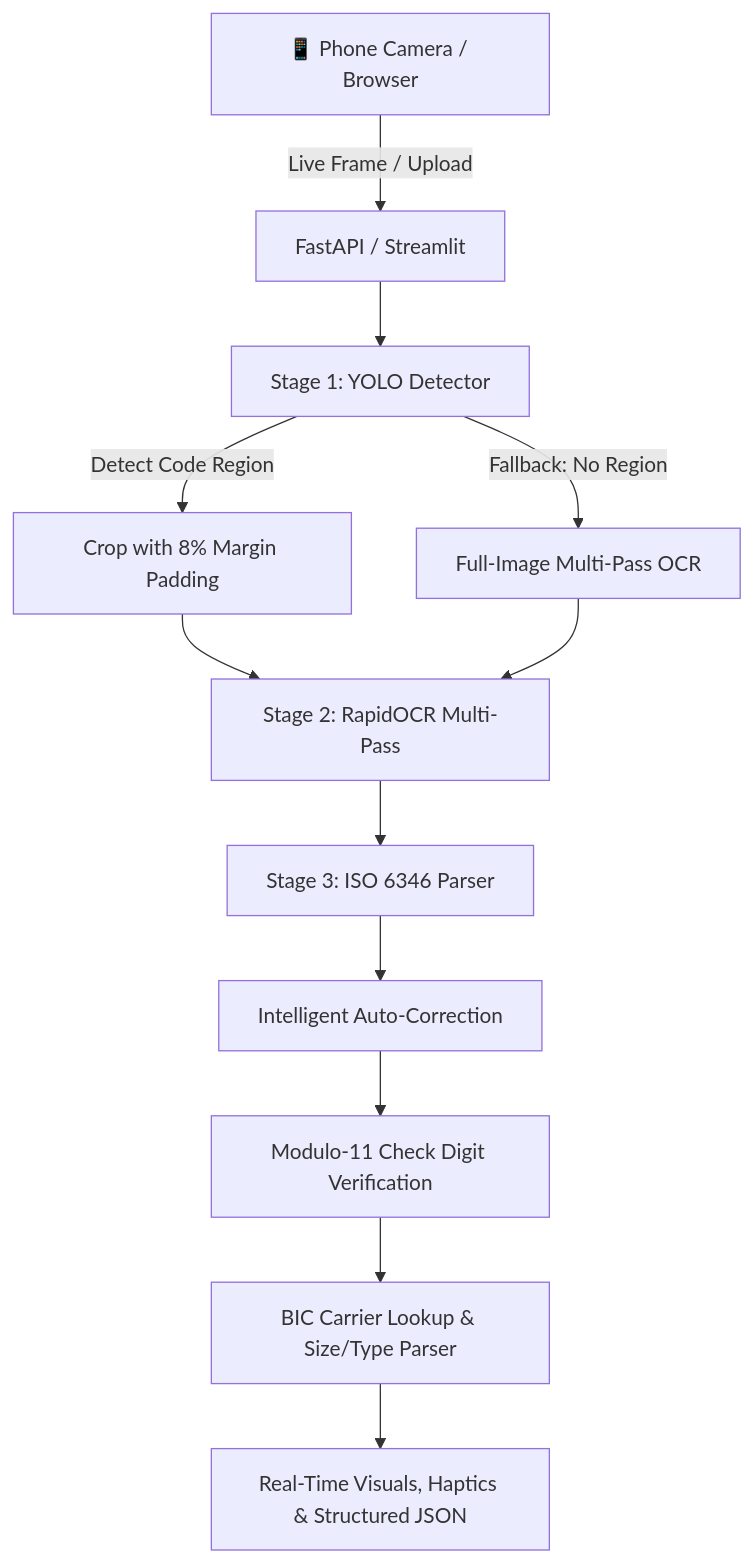
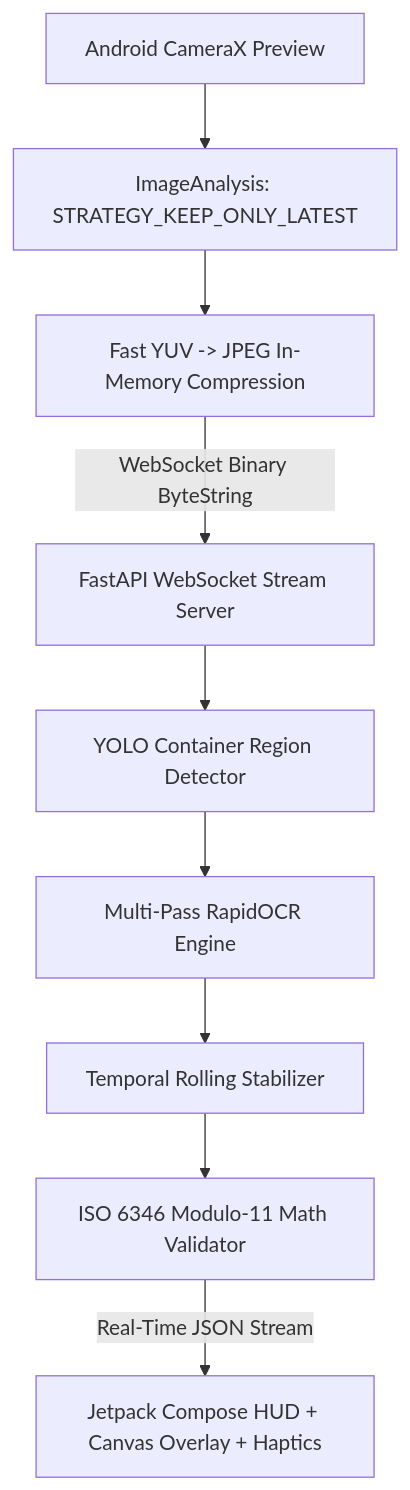
The diagram in README.md (duchoa56819/ContainerNumberRecognize), drawn with Mermaid before and after one commit. The commit also changed other lines of this file and 40 other files, not shown here.

Commit message:
feat: Add native Android app optimized for CameraX streaming input via WebSockets

````diff
--- a/README.md
+++ b/README.md
@@ -71,14 +70,11 @@
 ```mermaid
 flowchart TD
-    Phone[📱 Phone Camera / Browser] -->|Live Frame / Upload| API[FastAPI / Streamlit]
-    API --> Stage1[Stage 1: YOLO Detector]
-    Stage1 -->|Detect Code Region| Crop[Crop with 8% Margin Padding]
-    Stage1 -->|Fallback: No Region| FullScan[Full-Image Multi-Pass OCR]
-    Crop --> Stage2[Stage 2: RapidOCR Multi-Pass]
-    FullScan --> Stage2
-    Stage2 --> Stage3[Stage 3: ISO 6346 Parser]
-    Stage3 --> AutoCorrect[Intelligent Auto-Correction]
-    AutoCorrect --> Modulo11[Modulo-11 Check Digit Verification]
-    Modulo11 --> BIC[BIC Carrier Lookup & Size/Type Parser]
-    BIC --> Output[Real-Time Visuals, Haptics & Structured JSON]
+    Camera[Android CameraX Preview] --> Analyzer[ImageAnalysis: STRATEGY_KEEP_ONLY_LATEST]
+    Analyzer --> FrameBuffer[Fast YUV -> JPEG In-Memory Compression]
+    FrameBuffer -->|WebSocket Binary ByteString| WSServer[FastAPI WebSocket Stream Server]
+    WSServer --> YOLO[YOLO Container Region Detector]
+    YOLO --> MultiOCR[Multi-Pass RapidOCR Engine]
+    MultiOCR --> Temporal[Temporal Rolling Stabilizer]
+    Temporal --> ISO[ISO 6346 Modulo-11 Math Validator]
+    ISO -->|Real-Time JSON Stream| AndroidUI[Jetpack Compose HUD + Canvas Overlay + Haptics]
 ```
````
